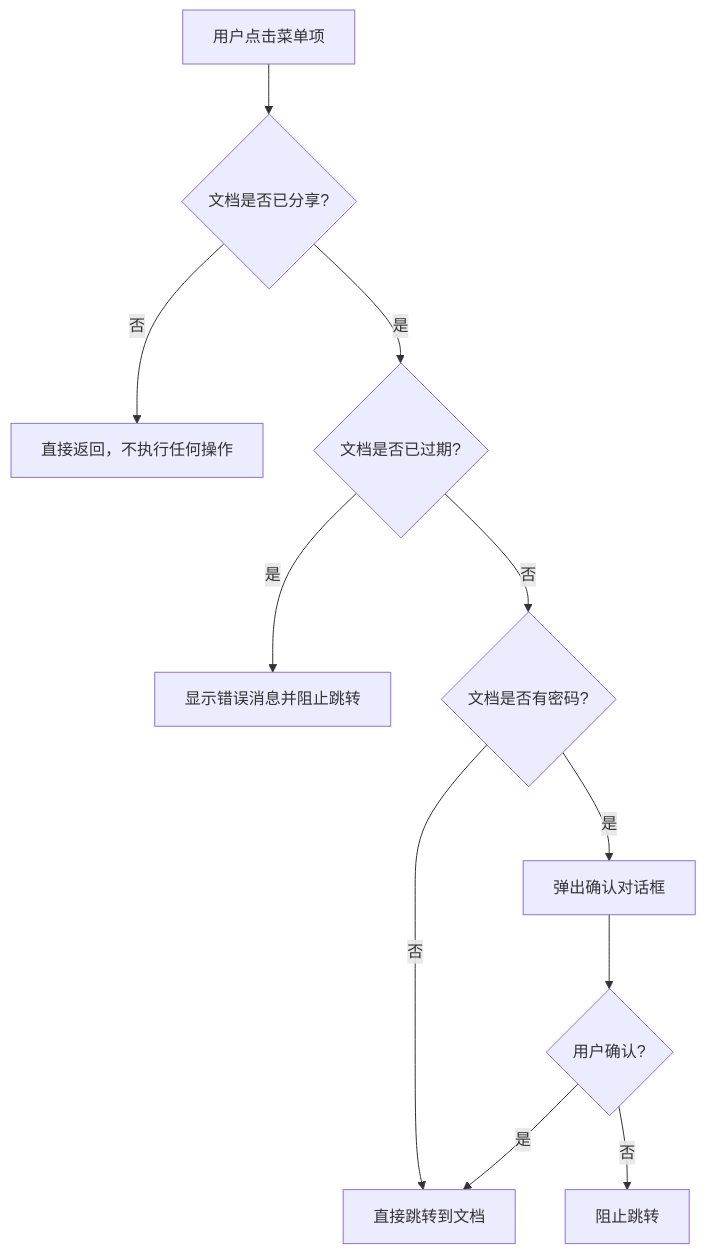
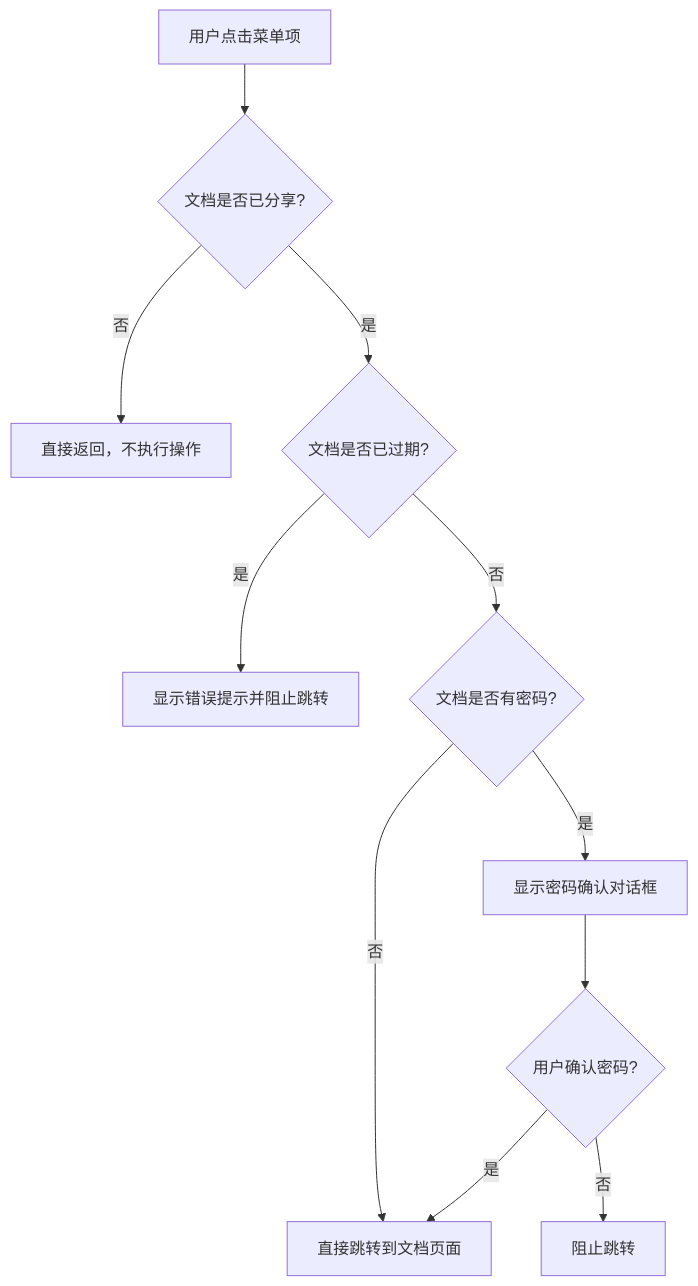
Before and after one commit to terwer/siyuan-plugin-blog: the seventh of 8 diagrams in .qoder/repowiki/zh/content/核心功能/内容分享系统/内容分享系统.md, drawn with Mermaid. The commit also changed other lines of this file and 31 other files, not shown here.

````diff
--- a/.qoder/repowiki/zh/content/核心功能/内容分享系统/内容分享系统.md
+++ b/.qoder/repowiki/zh/content/核心功能/内容分享系统/内容分享系统.md
@@ -330,13 +339,13 @@
 ```mermaid
 flowchart TD
 A["用户点击菜单项"] --> B{"文档是否已分享?"}
-B --> |否| C["直接返回，不执行任何操作"]
+B --> |否| C["直接返回，不执行操作"]
 B --> |是| D{"文档是否已过期?"}
-D --> |是| E["显示错误消息并阻止跳转"]
+D --> |是| E["显示错误提示并阻止跳转"]
 D --> |否| F{"文档是否有密码?"}
-F --> |是| G["弹出确认对话框"]
-F --> |否| H["直接跳转到文档"]
-G --> I{"用户确认?"}
+F --> |是| G["显示密码确认对话框"]
+F --> |否| H["直接跳转到文档页面"]
+G --> I{"用户确认密码?"}
 I --> |是| H
 I --> |否| J["阻止跳转"]
 ```
````
